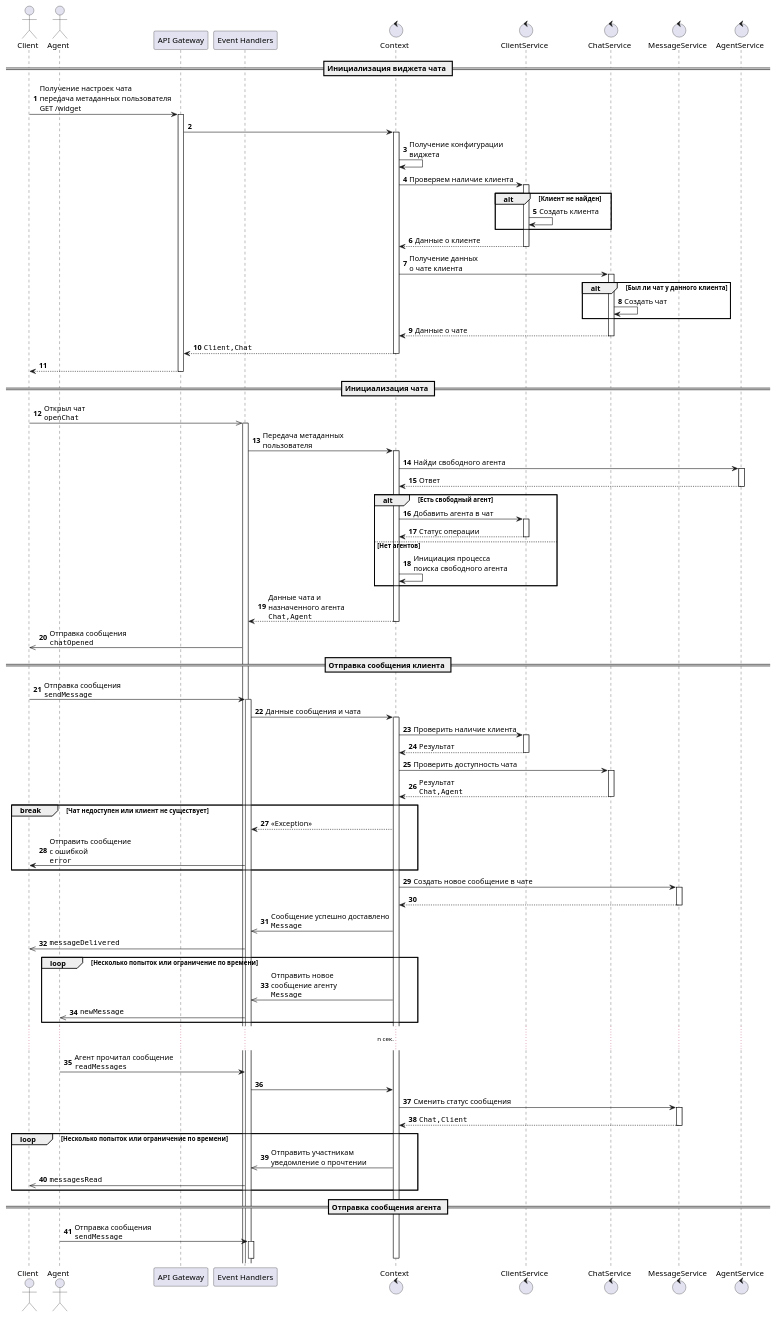
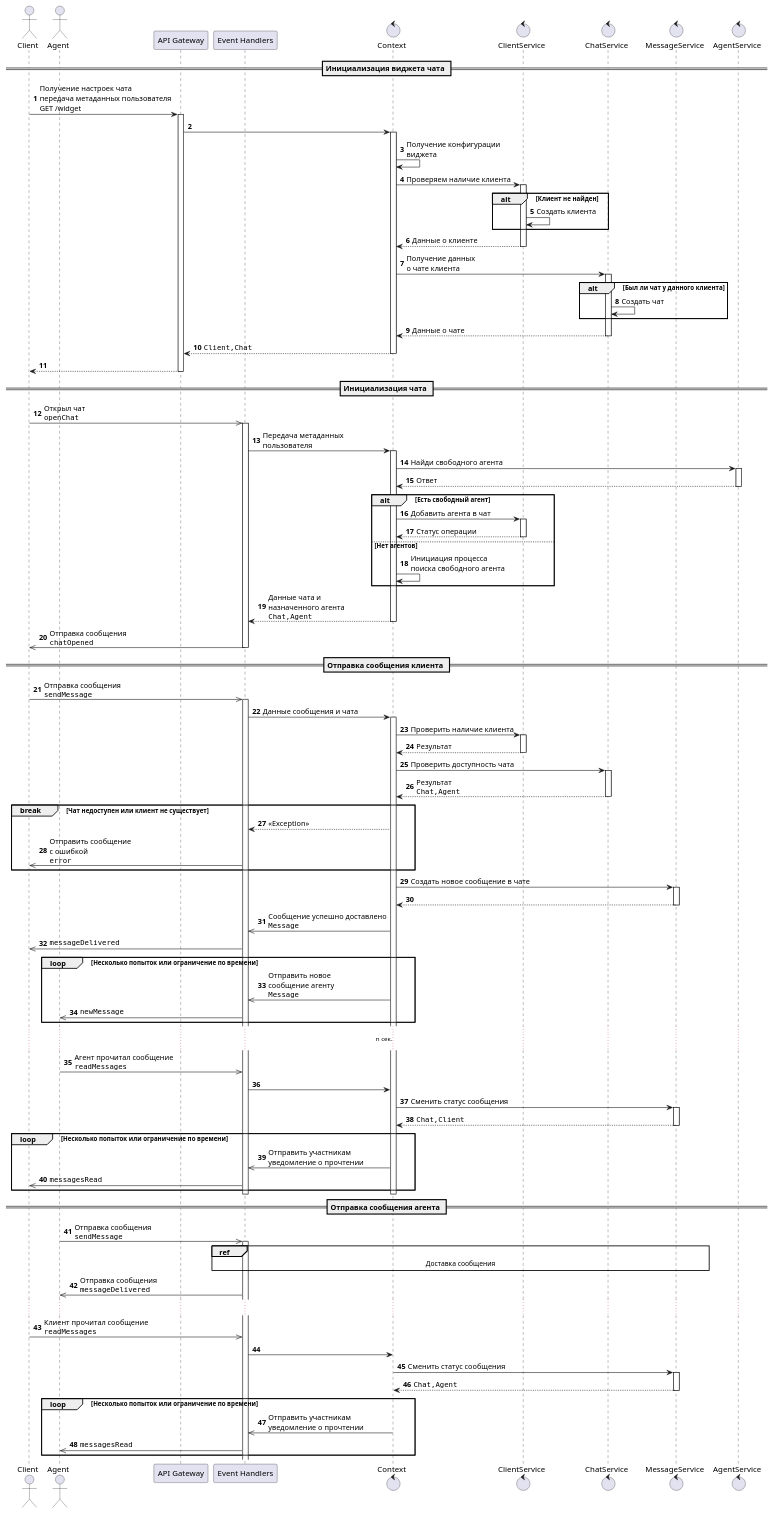
The diagram in diagrams/sequence.puml (ygnez/chat), drawn with PlantUML before and after one commit.

```diff
--- a/diagrams/sequence.puml
+++ b/diagrams/sequence.puml
@@ -1,107 +1,125 @@
 @startuml
 
 autonumber
 
 actor Client as C
 actor Agent as A
 
 participant "API Gateway" as API
 participant "Event Handlers" as E
 
 control "Context" as X
 control "ClientService" as CS
 control "ChatService" as HS
 control "MessageService" as MS
 control "AgentService" as AS
 
 == Инициализация виджета чата ==
 
 C -> API++: Получение настроек чата\nпередача метаданных пользователя\nGET /widget
 
 API -> X++
 
 X -> X: Получение конфигурации\nвиджета
 
 X -> CS++: Проверяем наличие клиента
 alt Клиент не найден
   CS -> CS: Создать клиента
 end
 CS --> X--: Данные о клиенте
 
 X -> HS++: Получение данных\nо чате клиента
 alt Был ли чат у данного клиента
   HS -> HS: Создать чат
 end
 HS --> X--: Данные о чате
 
 X --> API--: ""Client,Chat""
 
 API --> C--
 
 == Инициализация чата ==
 
 C ->> E++: Открыл чат\n""openChat""
 E -> X++: Передача метаданных\nпользователя
 
 X -> AS++: Найди свободного агента
 AS --> X--: Ответ
 
 alt Есть свободный агент
   X -> CS++: Добавить агента в чат
   CS --> X--: Статус операции
 else Нет агентов
   X -> X: Инициация процесса\nпоиска свободного агента
 end
 
 X --> E--: Данные чата и\nназначенного агента\n""Chat,Agent""
 
-E ->> C: Отправка сообщения\n""chatOpened""
+E ->> C--: Отправка сообщения\n""chatOpened""
 
 == Отправка сообщения клиента ==
 
-C -> E++: Отправка сообщения\n""sendMessage""
+C ->> E++: Отправка сообщения\n""sendMessage""
 
 E -> X++: Данные сообщения и чата
 
 X -> CS++: Проверить наличие клиента
 CS --> X--: Результат
 
 X -> HS++: Проверить доступность чата
 HS --> X--: Результат\n""Chat,Agent""
 
 break Чат недоступен или клиент не существует
   X --> E: << Exception >>
-  E -> C: Отправить сообщение\nс ошибкой\n""error""
+  E ->> C: Отправить сообщение\nс ошибкой\n""error""
 end
 
 X -> MS++: Создать новое сообщение в чате
 MS --> X--
 
 X ->> E: Сообщение успешно доставлено\n""Message""
 E ->> C: ""messageDelivered""
 
 loop Несколько попыток или ограничение по времени
   X ->> E: Отправить новое\nсообщение агенту\n""Message""
   E ->> A: ""newMessage""
 end
 
 ... n сек. ...
 
-A -> E: Агент прочитал сообщение\n""readMessages""
+A ->> E: Агент прочитал сообщение\n""readMessages""
 E -> X
 X -> MS++: Сменить статус сообщения
 MS --> X--: ""Chat,Client""
 
 loop Несколько попыток или ограничение по времени
   X ->> E: Отправить участникам\nуведомление о прочтении
   E ->> C: ""messagesRead""
 end
 
-== Отправка сообщения агента ==
-
-A -> E++: Отправка сообщения\n""sendMessage""
-
 deactivate X
 deactivate E
 
+== Отправка сообщения агента ==
+
+A ->> E++: Отправка сообщения\n""sendMessage""
+
+ref over E, CS, HS, MS
+  Доставка сообщения
+end ref
+
+E ->> A: Отправка сообщения\n""messageDelivered""
+
+...
+
+C ->> E: Клиент прочитал сообщение\n""readMessages""
+E -> X
+X -> MS++: Сменить статус сообщения
+MS --> X--: ""Chat,Agent""
+
+loop Несколько попыток или ограничение по времени
+  X ->> E: Отправить участникам\nуведомление о прочтении
+  E ->> A: ""messagesRead""
+end
+
 @enduml
```
